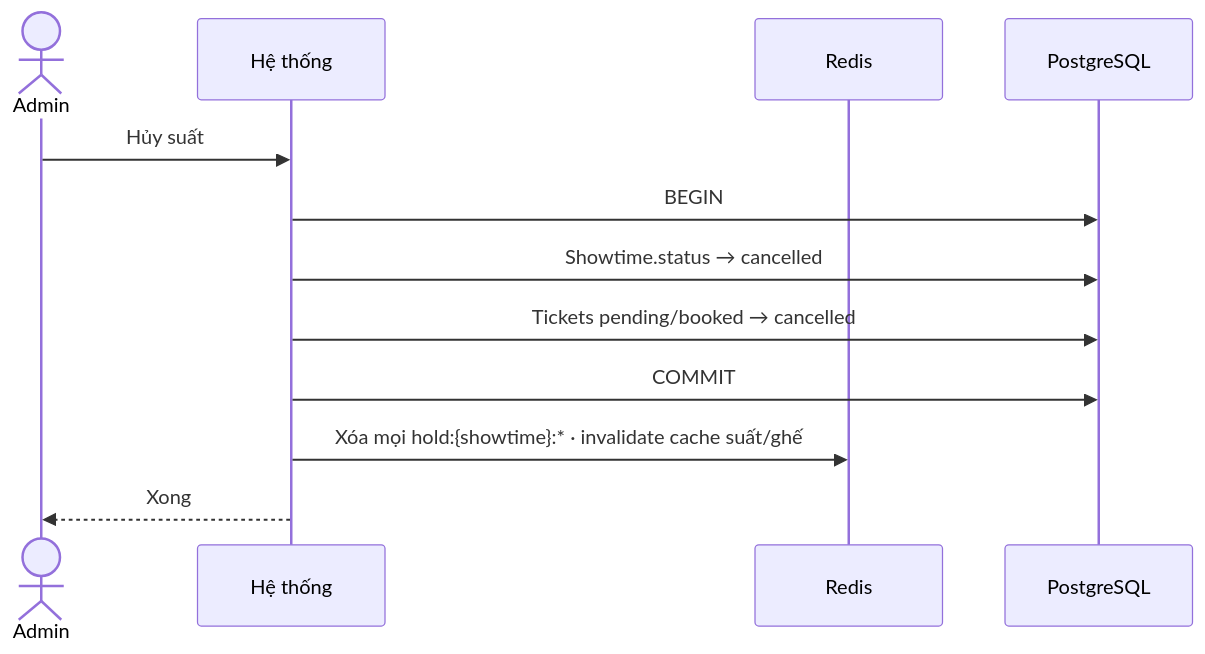
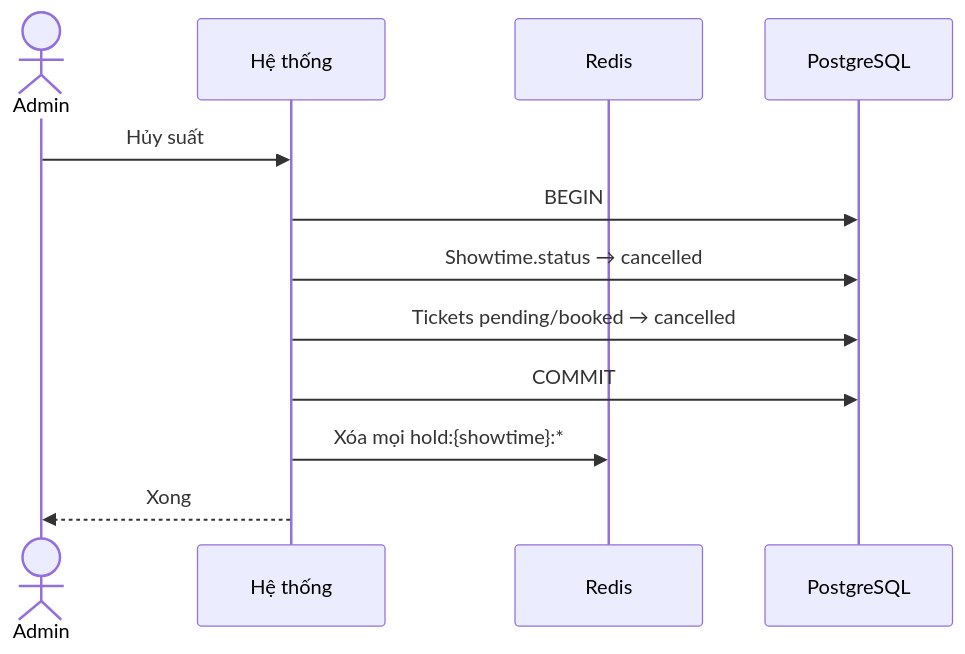
The seventh of 11 diagrams in myproject/SPEC.md (Hoangvu2911/SBU5_learnPython), drawn with Mermaid before and after one commit. The commit also changed other lines of this file and 15 other files, not shown here.

````diff
--- a/myproject/SPEC.md
+++ b/myproject/SPEC.md
@@ -407,15 +398,15 @@
 ```mermaid
 sequenceDiagram
   actor A as Admin
   participant S as Hệ thống
   participant R as Redis
   participant DB as PostgreSQL
 
   A->>S: Hủy suất
   S->>DB: BEGIN
   S->>DB: Showtime.status → cancelled
   S->>DB: Tickets pending/booked → cancelled
   S->>DB: COMMIT
-  S->>R: Xóa mọi hold:{showtime}:* · invalidate cache suất/ghế
+  S->>R: Xóa mọi hold:{showtime}:*
   S-->>A: Xong
 ```
````
